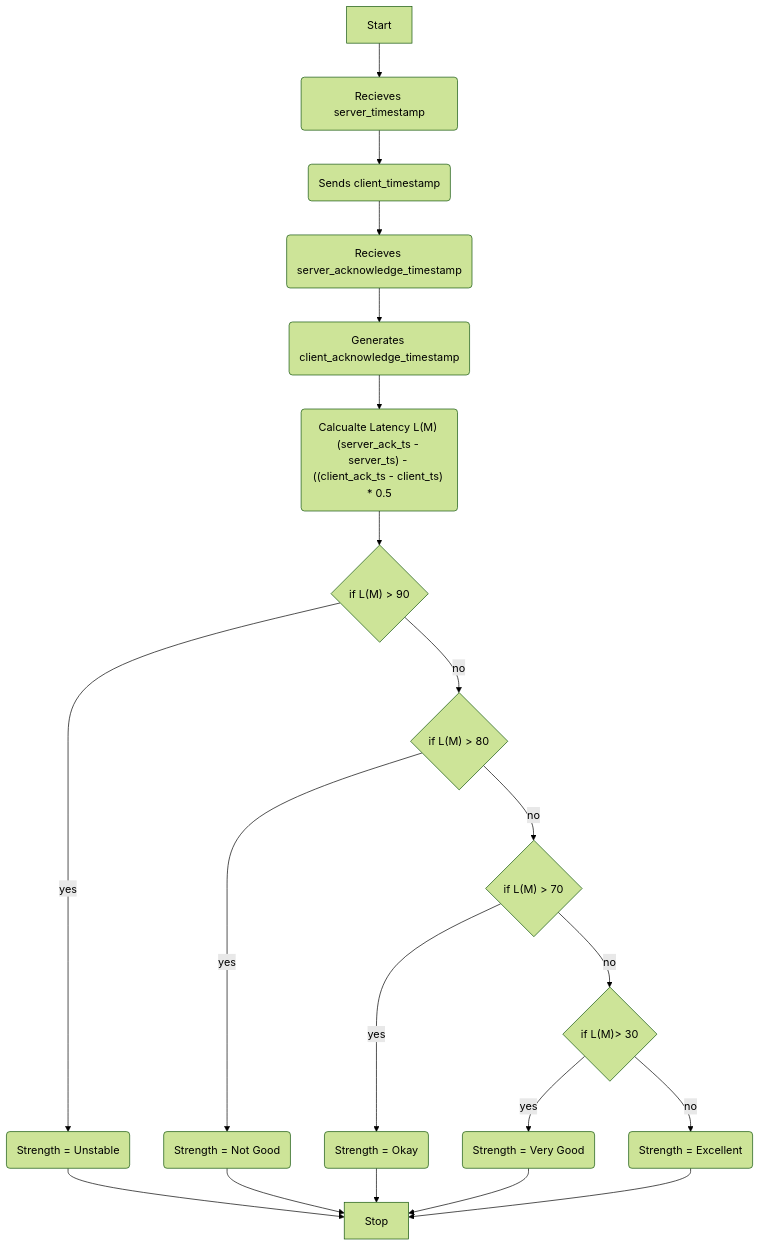
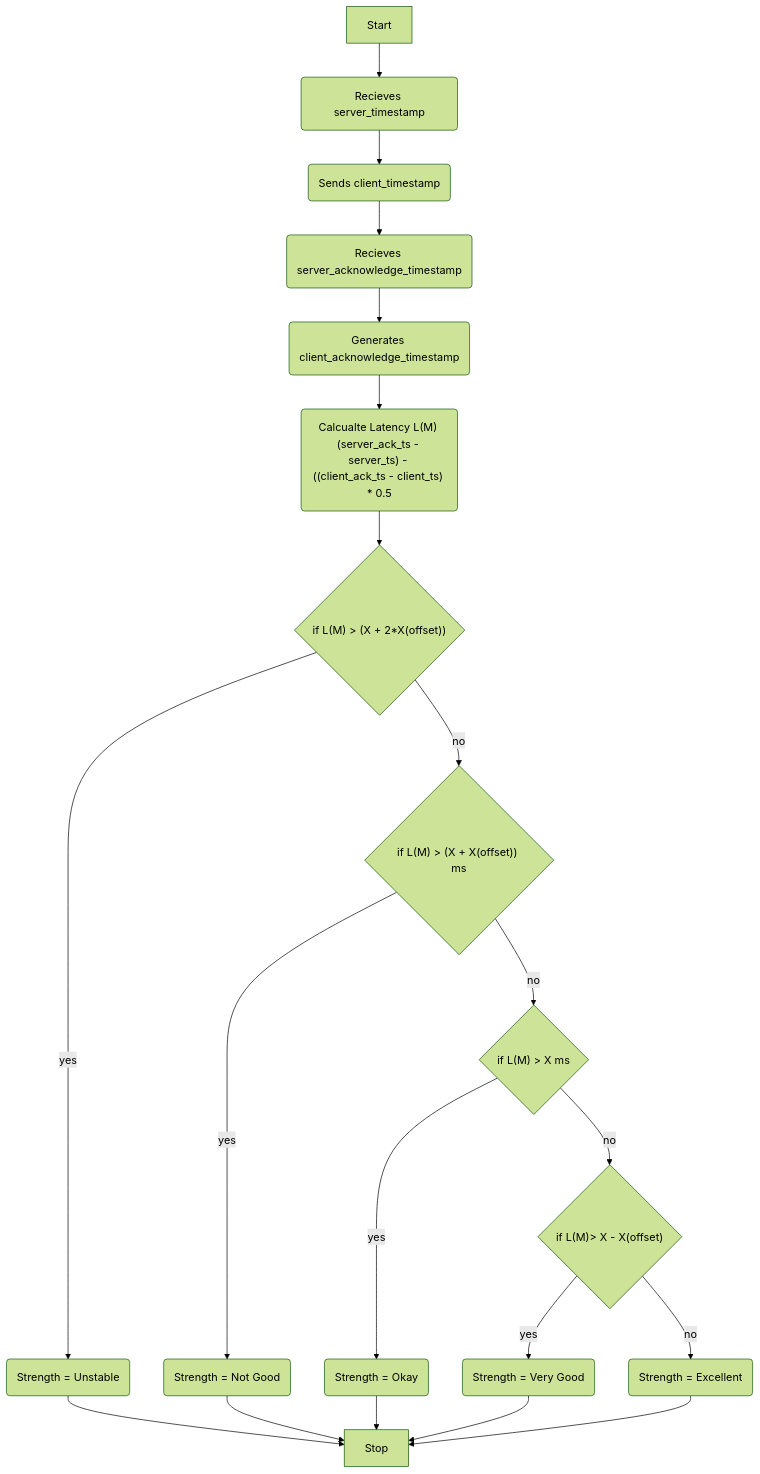
Before and after one commit to mrinalaswin/re-webskocket-strength: the second of 3 diagrams in docs/calculate-the-websocket-strength.md, drawn with Mermaid (forest theme). The commit also changed other lines of this file, not shown here.

````diff
--- a/docs/calculate-the-websocket-strength.md
+++ b/docs/calculate-the-websocket-strength.md
@@ -26,22 +26,22 @@
 ```mermaid
 flowchart TD
 	Start --> RST(Recieves server_timestamp)
 	RST --> SCT(Sends client_timestamp)
 	SCT --> RSAT(Recieves server_acknowledge_timestamp) 
 	RSAT --> GCAT(Generates client_acknowledge_timestamp)
 	GCAT --> CL("Calcualte Latency L(M) (server_ack_ts - server_ts) - ((client_ack_ts - client_ts) * 0.5")
-	CL --> GT90{"if L(M) > 90"}
+	CL --> GT90{"if L(M) > (X + 2*X(offset))"}
 	GT90 -->|yes| US("Strength = Unstable")
-	GT90 --> |no| GT80{"if L(M) > 80"}
+	GT90 --> |no| GT80{"if L(M) > (X + X(offset)) ms"}
 	GT80 --> |yes| NG("Strength = Not Good")
-	GT80 --> |no| GT70{"if L(M) > 70"}
+	GT80 --> |no| GT70{"if L(M) > X ms"}
 	GT70 --> |yes| OK("Strength = Okay")
-	GT70 --> |no| GT67{"if L(M)> 30"}
+	GT70 --> |no| GT67{"if L(M)> X - X(offset)"}
 	GT67 --> |yes| VG("Strength = Very Good")
 	GT67 --> |no| EX("Strength = Excellent")
 	US --> Stop
 	NG --> Stop
 	OK --> Stop
 	VG --> Stop
 	EX --> Stop
 ```
````
